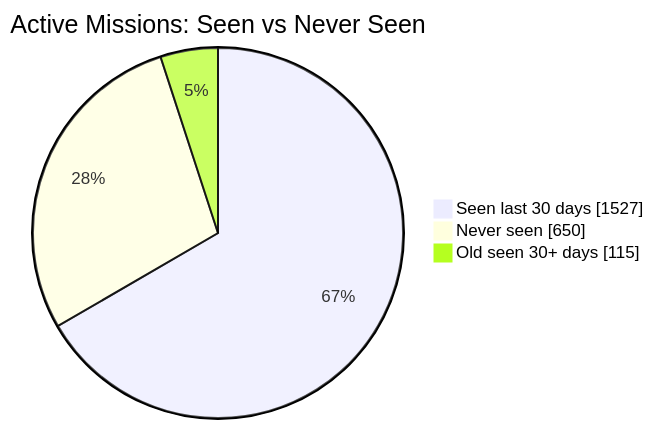
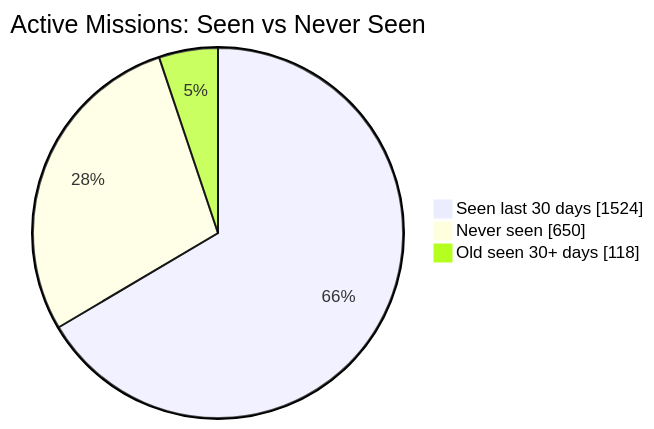
One commit to MeldkamerspelGameTeam/active-missions changed the first of 2 diagrams in README.md. Above: the diagram before and after it, drawn with Mermaid. The commit also changed other lines of this file and 2 other files, not shown here.

````diff
--- a/README.md
+++ b/README.md
@@ -34,7 +34,7 @@
 ```mermaid
 pie showData
     title Active Missions: Seen vs Never Seen
-    "Seen last 30 days" : 1527
+    "Seen last 30 days" : 1524
     "Never seen" : 650
-    "Old seen 30+ days" : 115
+    "Old seen 30+ days" : 118
 ```
````
